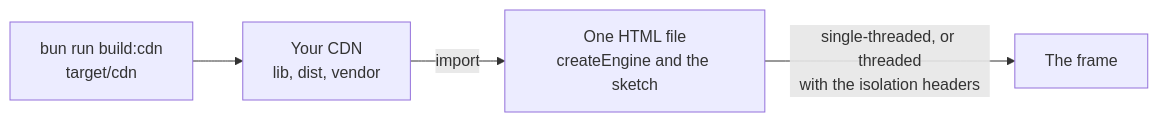
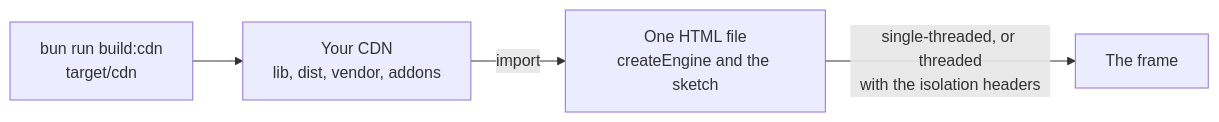
One commit to null3d-engine/null3d changed the diagram in docs/getting-started/cdn.md. Above: the diagram before and after it, drawn with Mermaid. The commit also changed other lines of this file and 8 other files, not shown here.

First line of the commit message:
feat(tools): carry the foundation add-ons in the CDN build

````diff
--- a/docs/getting-started/cdn.md
+++ b/docs/getting-started/cdn.md
@@ -15,6 +15,6 @@
 ```mermaid
 flowchart LR
-    build["bun run build:cdn<br/>target/cdn"] --> cdn["Your CDN<br/>lib, dist, vendor"]
+    build["bun run build:cdn<br/>target/cdn"] --> cdn["Your CDN<br/>lib, dist, vendor, addons"]
     cdn -- "import" --> html["One HTML file<br/>createEngine and the sketch"]
     html -- "single-threaded, or threaded<br/>with the isolation headers" --> frame["The frame"]
 ```
````
